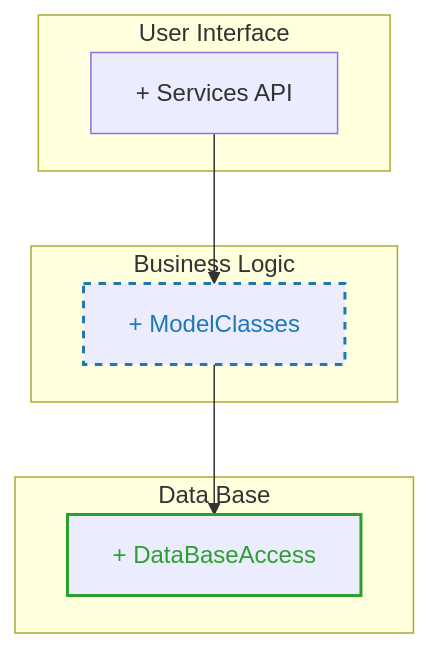
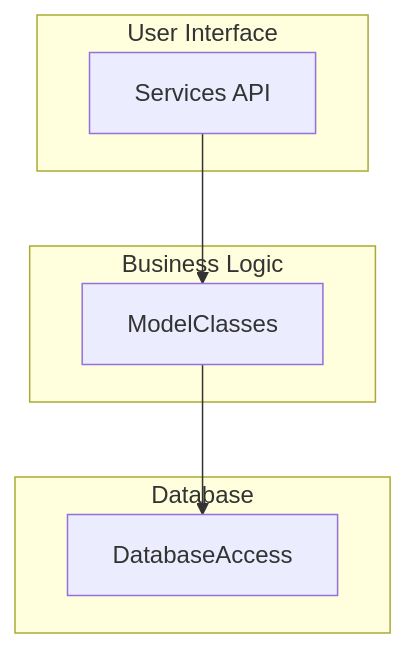
Before and after one commit to hedjouj/holbertonschool-hbnb: the first of 6 diagrams in part1/README.md, drawn with Mermaid.

````diff
--- a/part1/README.md
+++ b/part1/README.md
@@ -17,21 +17,15 @@
 ```mermaid
 graph TD
-    subgraph "User Interface"
-        UI["+ Services API"]
+    subgraph UI [User Interface]
+        A[Services API]
     end
-    subgraph "Business Logic"
-        BL["+ ModelClasses"]
+    subgraph BL [Business Logic]
+        B[ModelClasses]
     end
-    subgraph "Data Base"
-        DB["+ DataBaseAccess"]
+    subgraph DB [Database]
+        C[DatabaseAccess]
     end
     
-    UI --> BL
-    BL --> DB
-    
-    classDef facade stroke-width:2px,stroke-dasharray:5 5,stroke:#1f77b4,color:#1f77b4
-    classDef dbops stroke-width:2px,stroke:#2ca02c,color:#2ca02c
-    
-    class BL facade
-    class DB dbops
+    A --> B
+    B --> C
 ```
````
